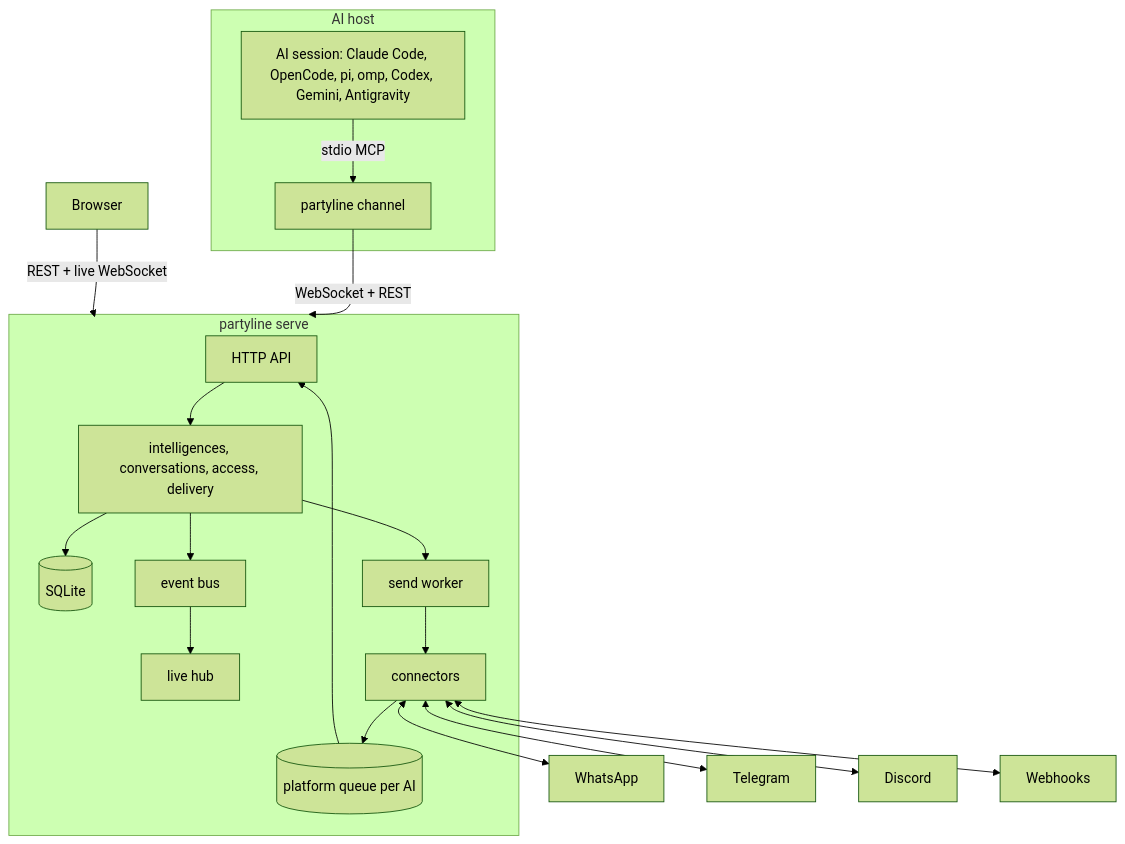
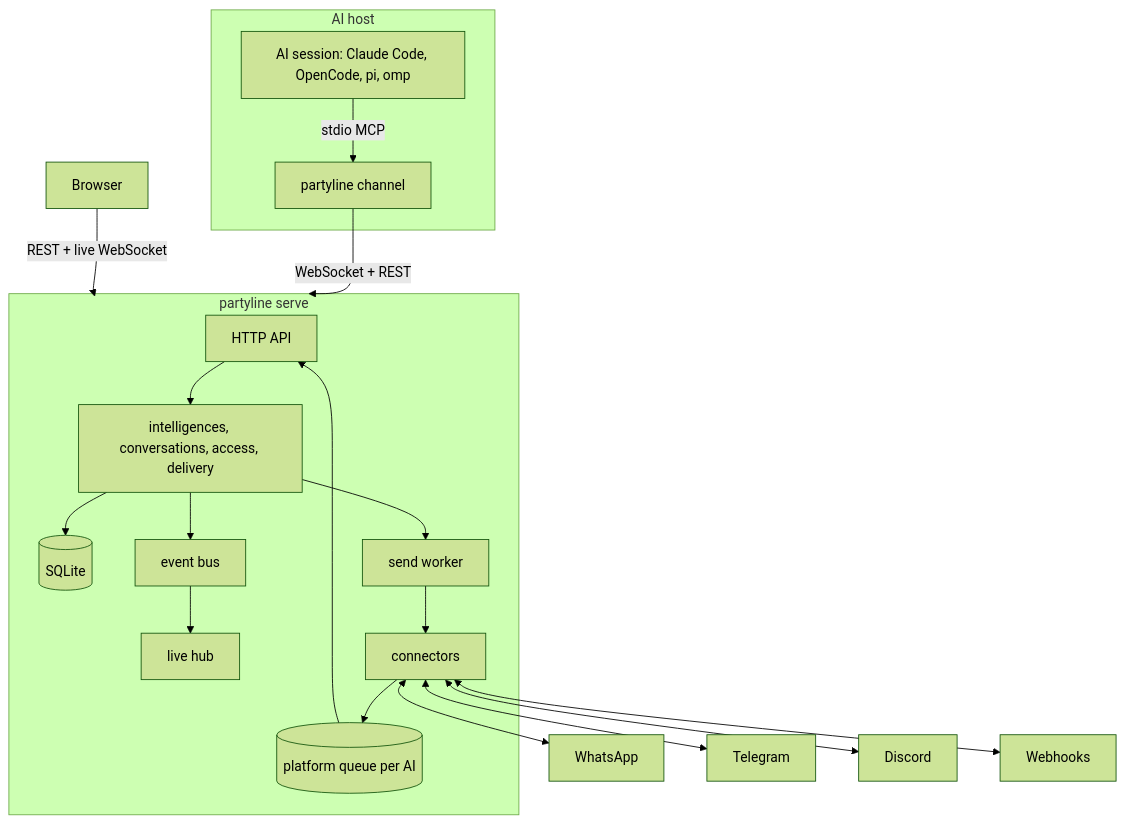
The diagram in README.md (wnexous/partyline), drawn with Mermaid (forest theme) before and after one commit. The commit also changed other lines of this file and 6 other files, not shown here.

First line of the commit message:
docs: remove Codex, Gemini and Antigravity, add the removed harnesses note

````diff
--- a/README.md
+++ b/README.md
@@ -60,19 +60,19 @@
 ```mermaid
 graph TD
   subgraph AI host
-    CC[AI session: Claude Code, OpenCode, pi, omp, Codex, Gemini, Antigravity] -- stdio MCP --> CH[partyline channel]
+    CC[AI session: Claude Code, OpenCode, pi, omp] -- stdio MCP --> CH[partyline channel]
   end
   CH -- WebSocket + REST --> SRV
   Browser -- REST + live WebSocket --> SRV
   subgraph SRV[partyline serve]
     API[HTTP API] --> SVC[intelligences, conversations, access, delivery]
     SVC --> DB[(SQLite)]
     SVC --> BUS[event bus]
     BUS --> LIVE[live hub]
     CON[connectors] --> Q[(platform queue per AI)]
     Q --> API
     SVC --> SEND[send worker]
     SEND --> CON
   end
   CON <--> WA[WhatsApp] & TG[Telegram] & DC[Discord] & WH[Webhooks]
 ```
````
